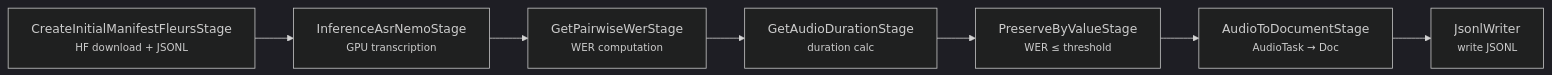
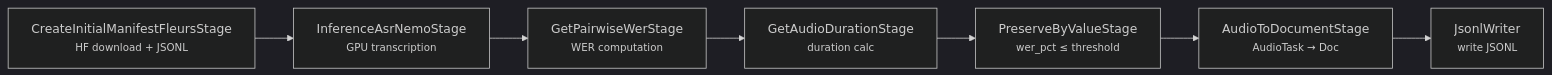
One commit to NVIDIA-NeMo/Curator changed the diagram in tutorials/audio/fleurs/README.md. Above: the diagram before and after it, drawn with Mermaid (dark theme). The commit also changed other lines of this file and 14 other files, not shown here.

````diff
--- a/tutorials/audio/fleurs/README.md
+++ b/tutorials/audio/fleurs/README.md
@@ -11,9 +11,9 @@
 ```mermaid
 flowchart LR
     A["CreateInitialManifestFleursStage<br/><small>HF download + JSONL</small>"] --> B["InferenceAsrNemoStage<br/><small>GPU transcription</small>"]
     B --> C["GetPairwiseWerStage<br/><small>WER computation</small>"]
     C --> D["GetAudioDurationStage<br/><small>duration calc</small>"]
-    D --> E["PreserveByValueStage<br/><small>WER ≤ threshold</small>"]
+    D --> E["PreserveByValueStage<br/><small>wer_pct ≤ threshold</small>"]
     E --> F["AudioToDocumentStage<br/><small>AudioTask → Doc</small>"]
     F --> G["JsonlWriter<br/><small>write JSONL</small>"]
 ```
````
